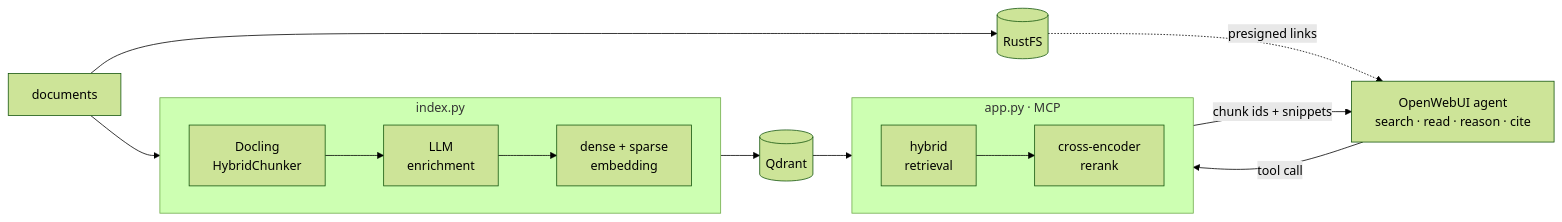
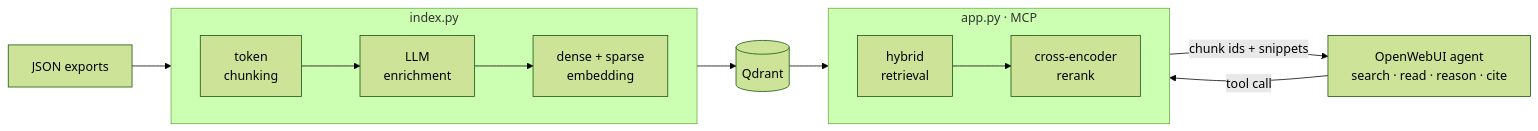
One commit to Th3R3alDuk3/Aragog changed the diagram in README.md. Above: the diagram before and after it, drawn with Mermaid (forest theme). The commit also changed other lines of this file and 22 other files, not shown here.

First line of the commit message:
release 0.7.0: json exports instead of pdfs

````diff
--- a/README.md
+++ b/README.md
@@ -33,24 +35,22 @@
 ```mermaid
 flowchart LR
-    DOC[documents]
+    DOC[JSON exports]
 
     subgraph idx ["index.py"]
         direction LR
-        CHUNK["Docling<br/>HybridChunker"] --> ENRICH["LLM<br/>enrichment"] --> EMBED["dense + sparse<br/>embedding"]
+        CHUNK["token<br/>chunking"] --> ENRICH["LLM<br/>enrichment"] --> EMBED["dense + sparse<br/>embedding"]
     end
 
     subgraph srv ["app.py · MCP"]
         direction LR
         RETRIEVE["hybrid<br/>retrieval"] --> RERANK["cross-encoder<br/>rerank"]
     end
 
     AGENT["OpenWebUI agent<br/>search · read · reason · cite"]
 
     DOC --> CHUNK
-    DOC --> RUSTFS[("RustFS")]
     EMBED --> QDRANT[("Qdrant")]
     QDRANT --> RETRIEVE
     AGENT -- "tool call" --> RETRIEVE
     RERANK -- "chunk ids + snippets" --> AGENT
-    RUSTFS -. "presigned links" .-> AGENT
 ```
````
